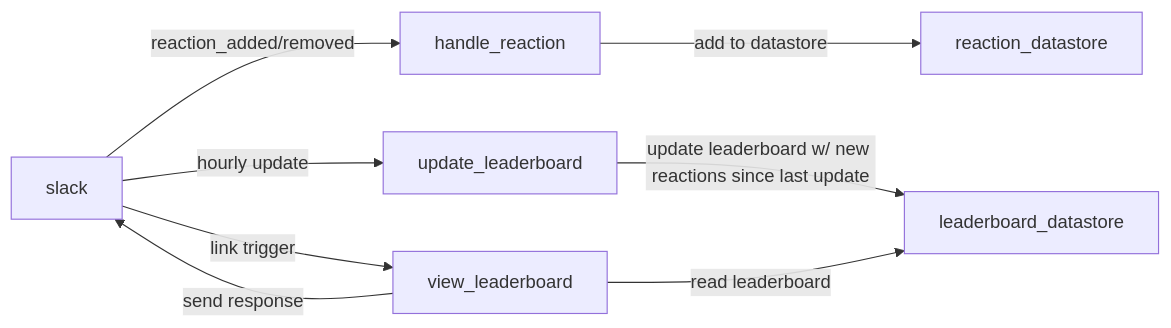
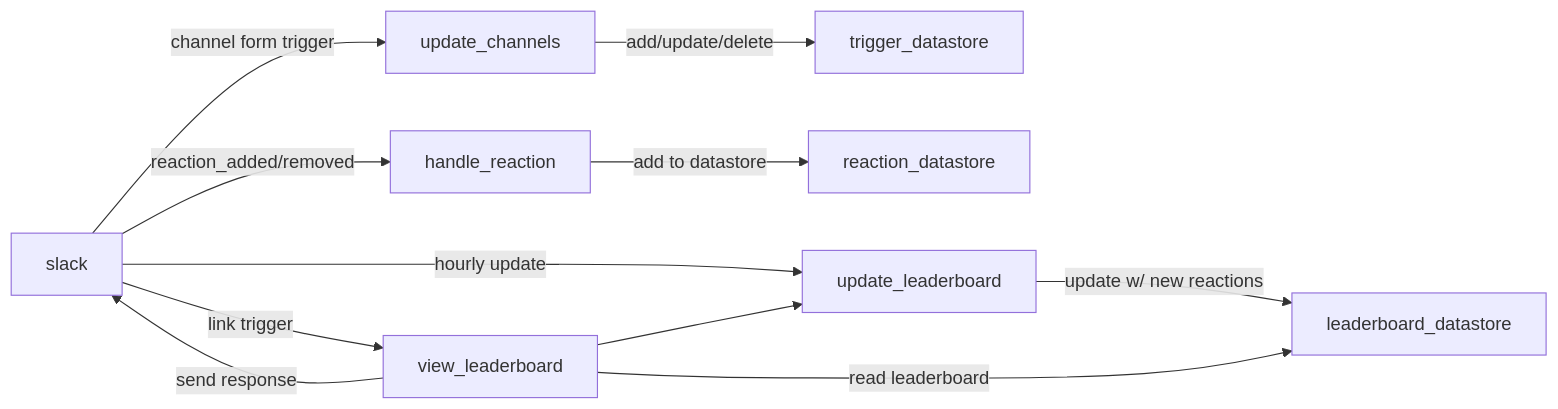
The first of 2 diagrams in docs/hld.md (limlabs/reaction-contest), drawn with Mermaid before and after one commit. The commit also changed other lines of this file, not shown here.

Commit message:
adds new function and datastore info

````diff
--- a/docs/hld.md
+++ b/docs/hld.md
@@ -33,10 +31,12 @@
 ```mermaid
 flowchart LR
+  slack -- channel form trigger --> update_channels -- add/update/delete --> trigger_datastore
   slack -- reaction_added/removed --> handle_reaction
   slack -- "hourly update" --> update_leaderboard
   slack -- "link trigger" --> view_leaderboard
   handle_reaction -- "add to datastore" --> reaction_datastore
-  update_leaderboard -- "update leaderboard w/ new reactions since last update" --> leaderboard_datastore
+  update_leaderboard -- "update w/ new reactions" --> leaderboard_datastore
+  view_leaderboard --> update_leaderboard
   view_leaderboard -- "read leaderboard" --> leaderboard_datastore
   view_leaderboard -- "send response" --> slack
 ```
````
